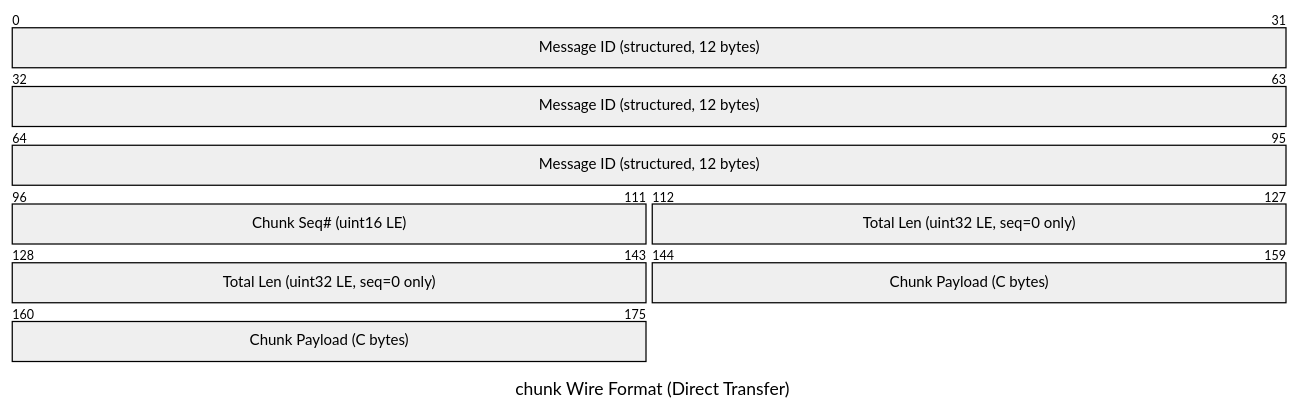
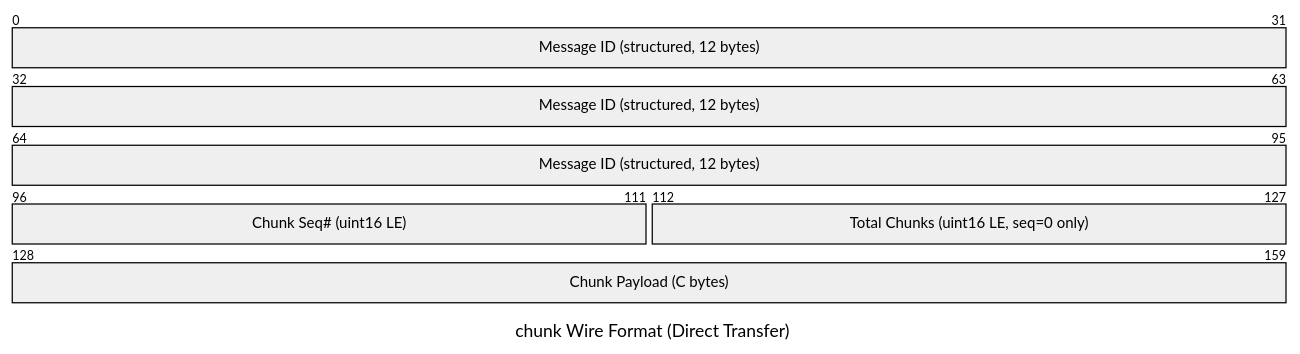
Before and after one commit to trancee/MeshLink: the fourth of 21 diagrams in docs/design.md, drawn with Mermaid. The commit also changed other lines of this file and 3 other files, not shown here.

````diff
--- a/docs/design.md
+++ b/docs/design.md
@@ -425,10 +438,10 @@
 ```mermaid
 ---
 title: "chunk Wire Format (Direct Transfer)"
 ---
 packet-beta
   0-95: "Message ID (structured, 12 bytes)"
   96-111: "Chunk Seq# (uint16 LE)"
-  112-143: "Total Len (uint32 LE, seq=0 only)"
-  144-175: "Chunk Payload (C bytes)"
+  112-127: "Total Chunks (uint16 LE, seq=0 only)"
+  128-159: "Chunk Payload (C bytes)"
 ```
````
